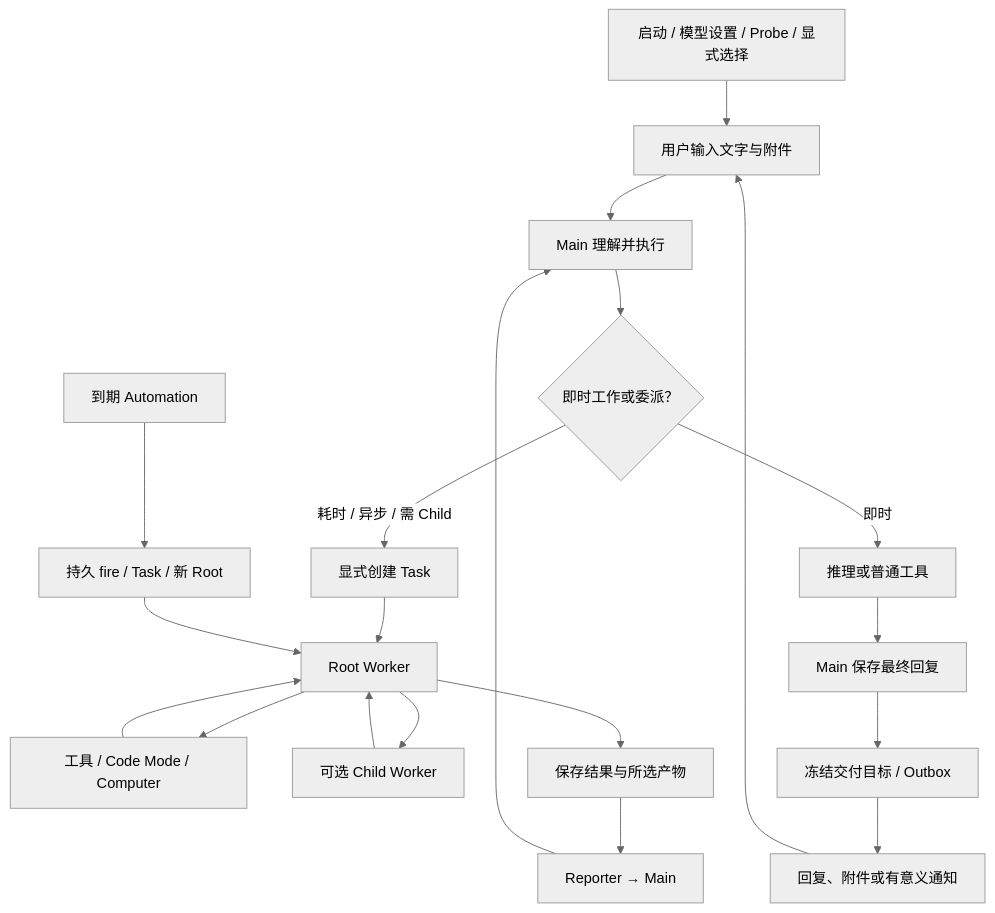
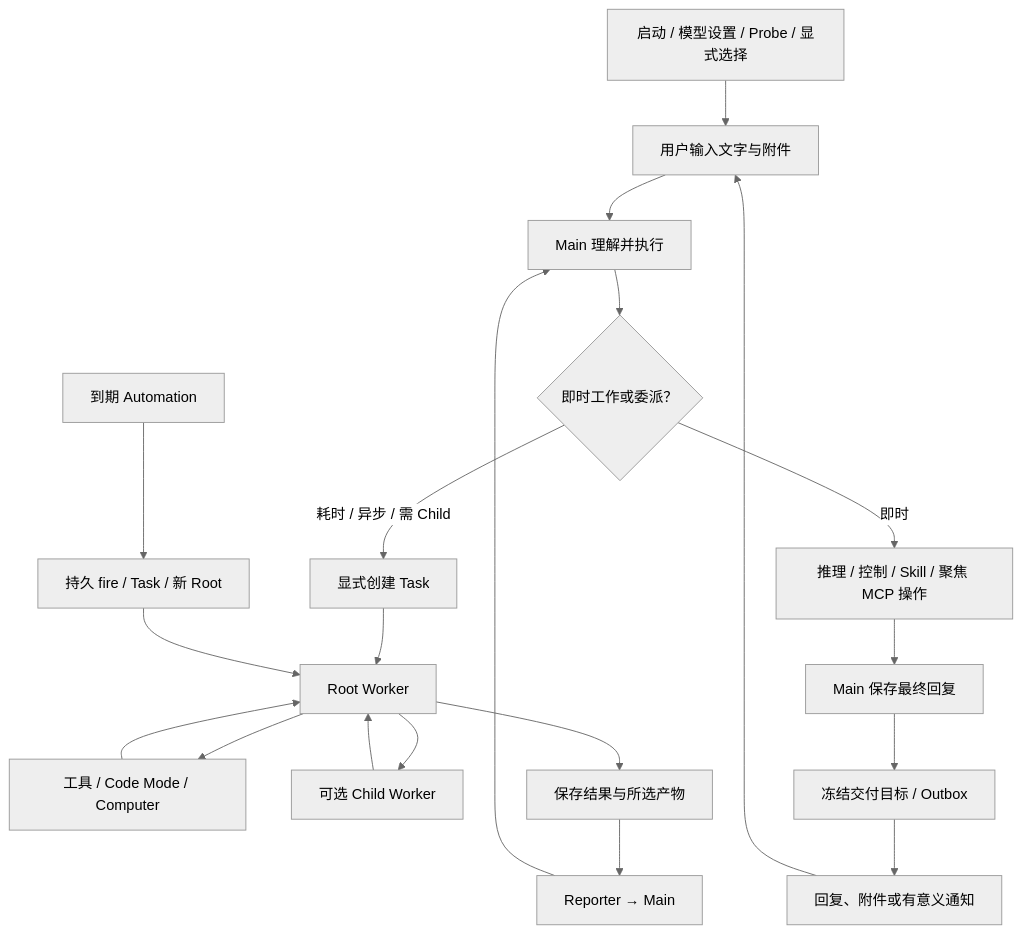
One commit to z-chenhao/assistant changed the second of 4 diagrams in docs/designs/product-overview.md. Above: the diagram before and after it, drawn with Mermaid (neutral theme). The commit also changed other lines of this file and 263 other files, not shown here.

````diff
--- a/docs/designs/product-overview.md
+++ b/docs/designs/product-overview.md
@@ -38,22 +38,22 @@
 ```mermaid
 flowchart TD
     START["启动 / 模型设置 / Probe / 显式选择"] --> INPUT["用户输入文字与附件"]
     INPUT --> MAIN["Main 理解并执行"]
     MAIN --> KIND{"即时工作或委派？"}
-    KIND -->|"即时"| DIRECT["推理或普通工具"]
+    KIND -->|"即时"| DIRECT["推理 / 控制 / Skill / 聚焦 MCP 操作"]
     DIRECT --> ANSWER["Main 保存最终回复"]
     KIND -->|"耗时 / 异步 / 需 Child"| TASK["显式创建 Task"]
     TASK --> ROOT["Root Worker"]
     ROOT --> TOOL["工具 / Code Mode / Computer"]
     TOOL --> ROOT
     ROOT --> CHILD["可选 Child Worker"]
     CHILD --> ROOT
     ROOT --> RESULT["保存结果与所选产物"]
     RESULT --> REPORT["Reporter → Main"]
     REPORT --> MAIN
     ANSWER --> DELIVERY["冻结交付目标 / Outbox"]
     DELIVERY --> USER["回复、附件或有意义通知"]
     USER --> INPUT
     AUTO["到期 Automation"] --> FIRE["持久 fire / Task / 新 Root"]
     FIRE --> ROOT
 ```
````
